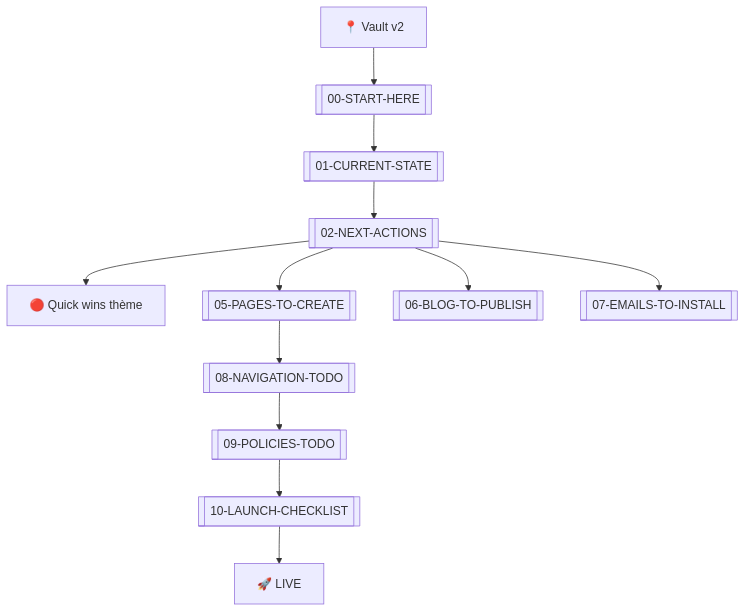
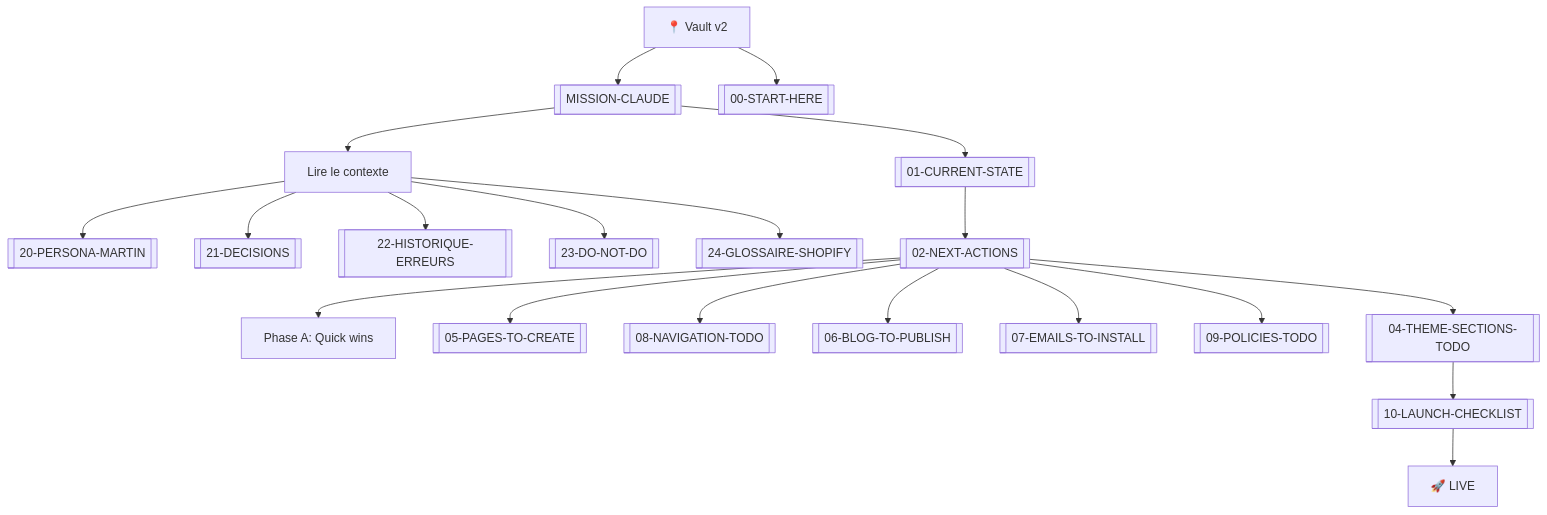
Before and after one commit to martinbouvet2000-tech/Citation: the diagram in vault/v2/README.md, drawn with Mermaid. The commit also changed other lines of this file and 7 other files, not shown here.

````diff
--- a/vault/v2/README.md
+++ b/vault/v2/README.md
@@ -44,14 +67,25 @@
 ```mermaid
 graph TD
-    Start[📍 Vault v2] --> StartHere[[00-START-HERE]]
-    StartHere --> State[[01-CURRENT-STATE]]
+    Start[📍 Vault v2] --> Mission[[MISSION-CLAUDE]]
+    Start --> StartHere[[00-START-HERE]]
+
+    Mission --> Context[Lire le contexte]
+    Context --> Persona[[20-PERSONA-MARTIN]]
+    Context --> Decisions[[21-DECISIONS]]
+    Context --> Errors[[22-HISTORIQUE-ERREURS]]
+    Context --> DoNot[[23-DO-NOT-DO]]
+    Context --> Gloss[[24-GLOSSAIRE-SHOPIFY]]
+
+    Mission --> State[[01-CURRENT-STATE]]
     State --> Actions[[02-NEXT-ACTIONS]]
-    Actions --> Quick[🔴 Quick wins thème]
-    Actions --> Pages[[05-PAGES-TO-CREATE]]
-    Actions --> Blog[[06-BLOG-TO-PUBLISH]]
-    Actions --> Emails[[07-EMAILS-TO-INSTALL]]
-    Pages --> Nav[[08-NAVIGATION-TODO]]
-    Nav --> Policies[[09-POLICIES-TODO]]
-    Policies --> Launch[[10-LAUNCH-CHECKLIST]]
-    Launch --> Live[🚀 LIVE]
+
+    Actions --> PhaseA[Phase A: Quick wins]
+    Actions --> PhaseB[[05-PAGES-TO-CREATE]]
+    Actions --> PhaseC[[08-NAVIGATION-TODO]]
+    Actions --> PhaseD[[06-BLOG-TO-PUBLISH]]
+    Actions --> PhaseE[[07-EMAILS-TO-INSTALL]]
+    Actions --> PhaseF[[09-POLICIES-TODO]]
+    Actions --> PhaseG[[04-THEME-SECTIONS-TODO]]
+    PhaseG --> PhaseH[[10-LAUNCH-CHECKLIST]]
+    PhaseH --> Live[🚀 LIVE]
 ```
````
